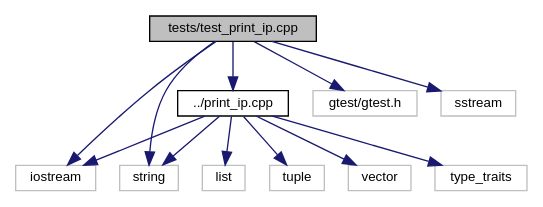
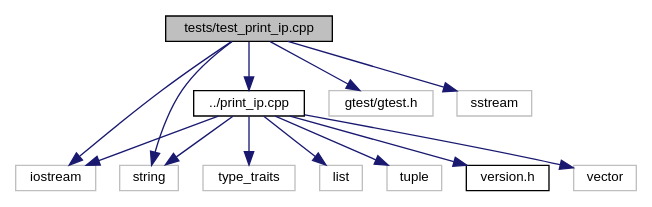
One commit to marisarze/otus_cpp_print_ip changed the diagram in df/d82/test__print__ip_8cpp__incl.dot. Above: the diagram before and after it, drawn with Graphviz. The commit also changed 59 other files, not shown here.

```diff
--- a/df/d82/test__print__ip_8cpp__incl.dot
+++ b/df/d82/test__print__ip_8cpp__incl.dot
@@ -1,28 +1,30 @@
 digraph "tests/test_print_ip.cpp"
 {
  // INTERACTIVE_SVG=YES
  // LATEX_PDF_SIZE
   edge [fontname="Helvetica",fontsize="10",labelfontname="Helvetica",labelfontsize="10"];
   node [fontname="Helvetica",fontsize="10",shape=record];
   Node1 [label="tests/test_print_ip.cpp",height=0.2,width=0.4,color="black", fillcolor="grey75", style="filled", fontcolor="black",tooltip=" "];
   Node1 -> Node2 [color="midnightblue",fontsize="10",style="solid",fontname="Helvetica"];
   Node2 [label="../print_ip.cpp",height=0.2,width=0.4,color="black", fillcolor="white", style="filled",URL="$dc/d8e/print__ip_8cpp.html",tooltip="functions for printing ip"];
   Node2 -> Node3 [color="midnightblue",fontsize="10",style="solid",fontname="Helvetica"];
   Node3 [label="iostream",height=0.2,width=0.4,color="grey75", fillcolor="white", style="filled",tooltip=" "];
   Node2 -> Node4 [color="midnightblue",fontsize="10",style="solid",fontname="Helvetica"];
   Node4 [label="vector",height=0.2,width=0.4,color="grey75", fillcolor="white", style="filled",tooltip=" "];
   Node2 -> Node5 [color="midnightblue",fontsize="10",style="solid",fontname="Helvetica"];
   Node5 [label="string",height=0.2,width=0.4,color="grey75", fillcolor="white", style="filled",tooltip=" "];
   Node2 -> Node6 [color="midnightblue",fontsize="10",style="solid",fontname="Helvetica"];
   Node6 [label="type_traits",height=0.2,width=0.4,color="grey75", fillcolor="white", style="filled",tooltip=" "];
   Node2 -> Node7 [color="midnightblue",fontsize="10",style="solid",fontname="Helvetica"];
   Node7 [label="list",height=0.2,width=0.4,color="grey75", fillcolor="white", style="filled",tooltip=" "];
   Node2 -> Node8 [color="midnightblue",fontsize="10",style="solid",fontname="Helvetica"];
   Node8 [label="tuple",height=0.2,width=0.4,color="grey75", fillcolor="white", style="filled",tooltip=" "];
-  Node1 -> Node9 [color="midnightblue",fontsize="10",style="solid",fontname="Helvetica"];
-  Node9 [label="gtest/gtest.h",height=0.2,width=0.4,color="grey75", fillcolor="white", style="filled",tooltip=" "];
+  Node2 -> Node9 [color="midnightblue",fontsize="10",style="solid",fontname="Helvetica"];
+  Node9 [label="version.h",height=0.2,width=0.4,color="black", fillcolor="white", style="filled",URL="$df/dfc/version_8h.html",tooltip=" "];
+  Node1 -> Node10 [color="midnightblue",fontsize="10",style="solid",fontname="Helvetica"];
+  Node10 [label="gtest/gtest.h",height=0.2,width=0.4,color="grey75", fillcolor="white", style="filled",tooltip=" "];
   Node1 -> Node3 [color="midnightblue",fontsize="10",style="solid",fontname="Helvetica"];
-  Node1 -> Node10 [color="midnightblue",fontsize="10",style="solid",fontname="Helvetica"];
-  Node10 [label="sstream",height=0.2,width=0.4,color="grey75", fillcolor="white", style="filled",tooltip=" "];
+  Node1 -> Node11 [color="midnightblue",fontsize="10",style="solid",fontname="Helvetica"];
+  Node11 [label="sstream",height=0.2,width=0.4,color="grey75", fillcolor="white", style="filled",tooltip=" "];
   Node1 -> Node5 [color="midnightblue",fontsize="10",style="solid",fontname="Helvetica"];
 }
```
